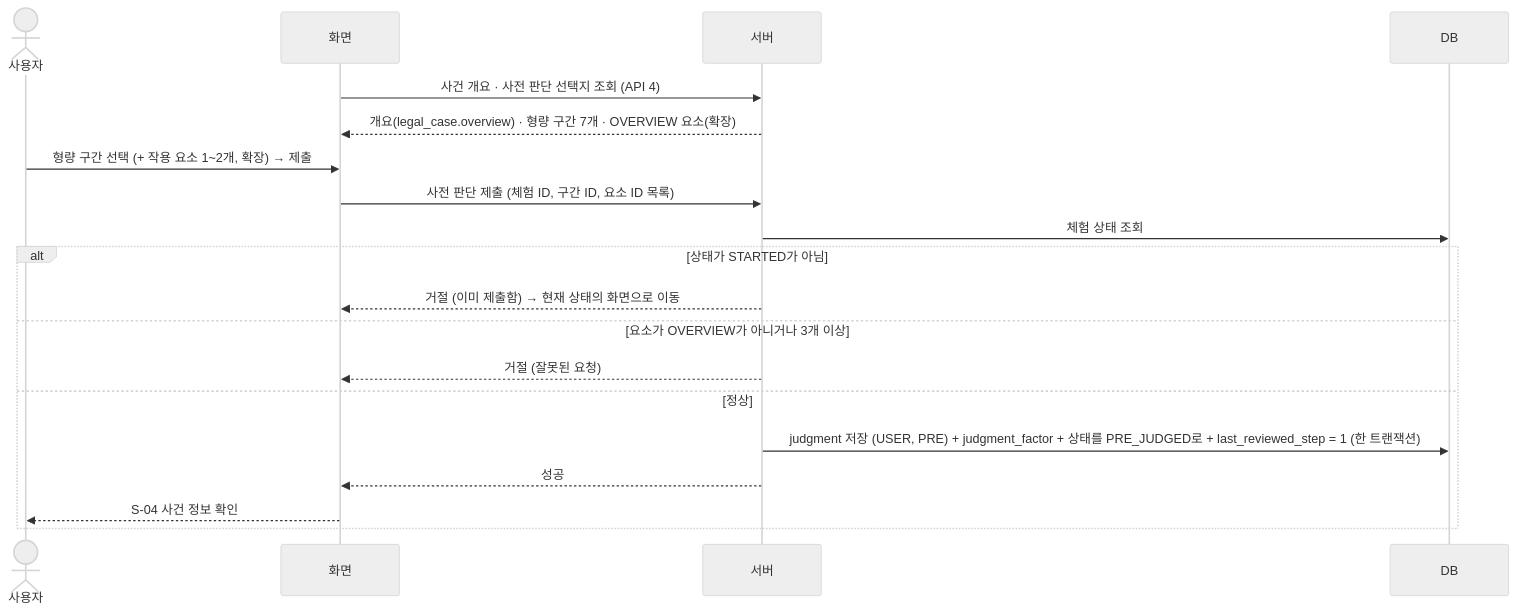
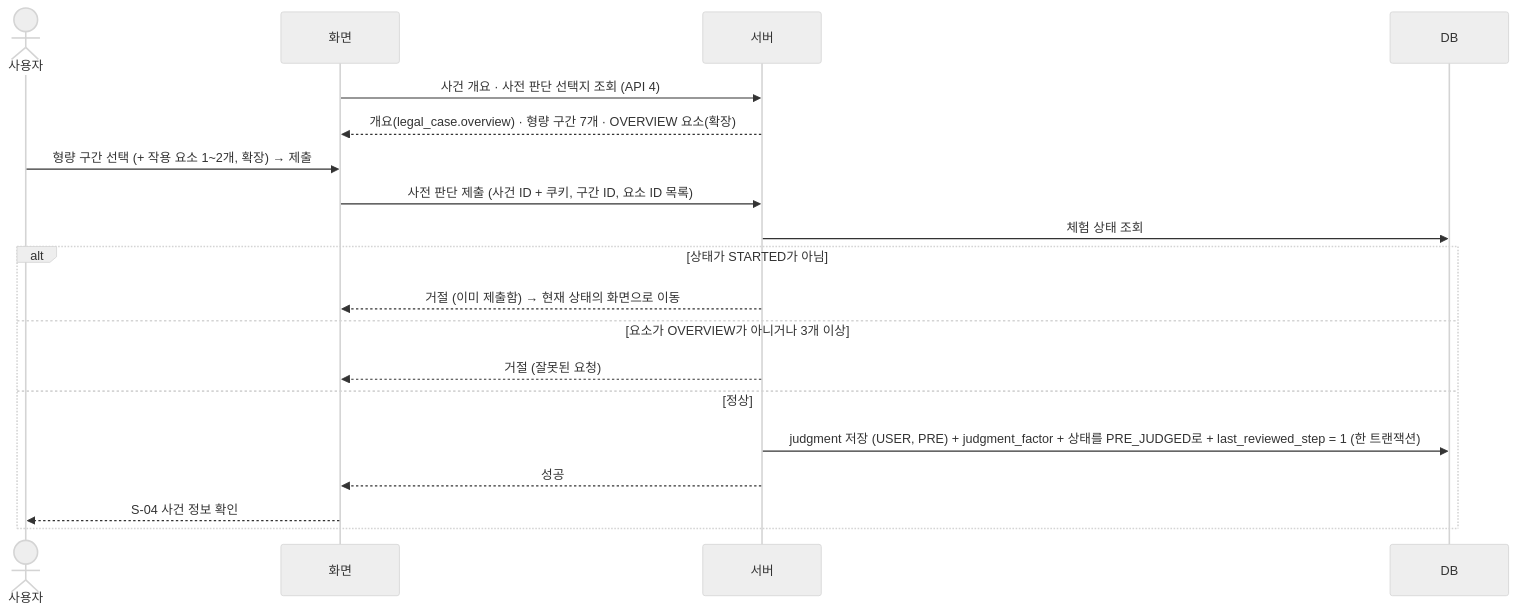
The third of 7 diagrams in docs/sequence-diagram.md (prgrms-aibe-devcourse/AIBE7_FinalProject_Team2), drawn with Mermaid (neutral theme) before and after one commit. The commit also changed other lines of this file and 1 other file, not shown here.

Commit message:
docs : COMMON-4 API 명세 · 시퀀스 다이어그램에 정합성 점검 결정 반영

````diff
--- a/docs/sequence-diagram.md
+++ b/docs/sequence-diagram.md
@@ -102,22 +110,22 @@
 ```mermaid
 sequenceDiagram
     actor U as 사용자
     participant F as 화면
     participant S as 서버
     participant D as DB
  
     F->>S: 사건 개요 · 사전 판단 선택지 조회 (API 4)
     S-->>F: 개요(legal_case.overview) · 형량 구간 7개 · OVERVIEW 요소(확장)
     U->>F: 형량 구간 선택 (+ 작용 요소 1~2개, 확장) → 제출
-    F->>S: 사전 판단 제출 (체험 ID, 구간 ID, 요소 ID 목록)
+    F->>S: 사전 판단 제출 (사건 ID + 쿠키, 구간 ID, 요소 ID 목록)
     S->>D: 체험 상태 조회
     alt 상태가 STARTED가 아님
         S-->>F: 거절 (이미 제출함) → 현재 상태의 화면으로 이동
     else 요소가 OVERVIEW가 아니거나 3개 이상
         S-->>F: 거절 (잘못된 요청)
     else 정상
         S->>D: judgment 저장 (USER, PRE) + judgment_factor + 상태를 PRE_JUDGED로 + last_reviewed_step = 1 (한 트랜잭션)
         S-->>F: 성공
         F-->>U: S-04 사건 정보 확인
     end
 ```
````
